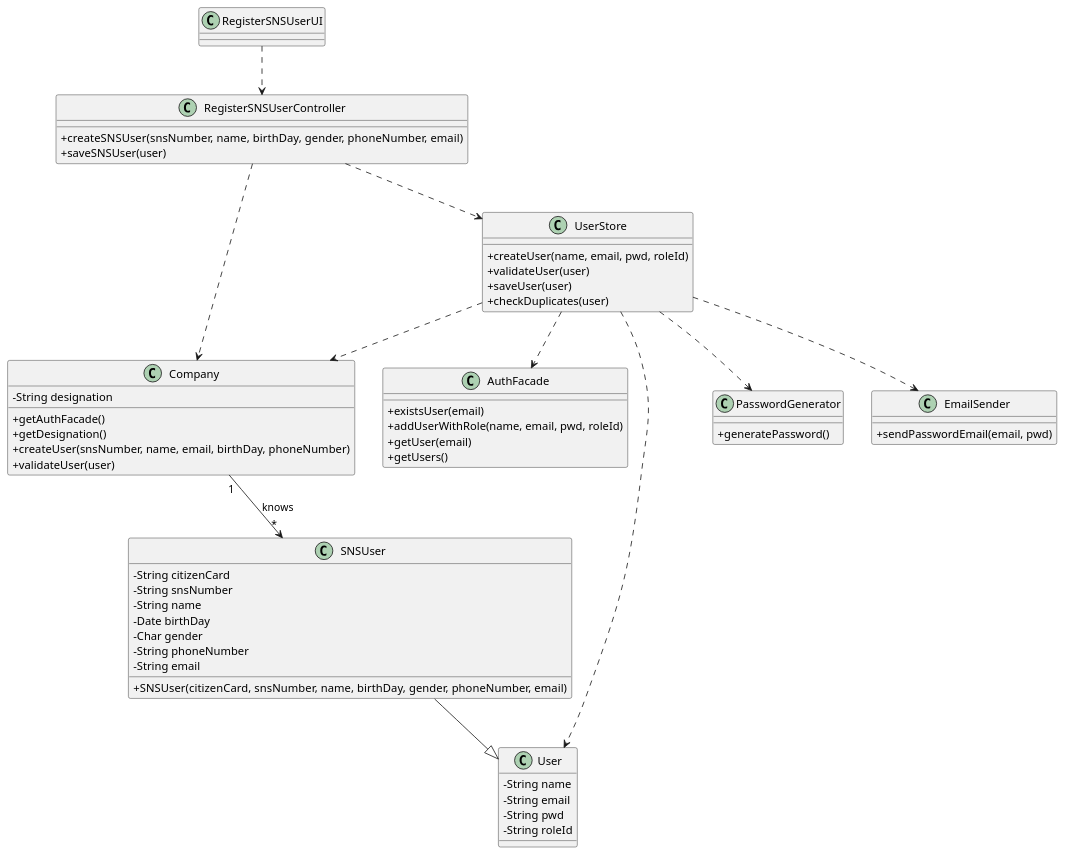
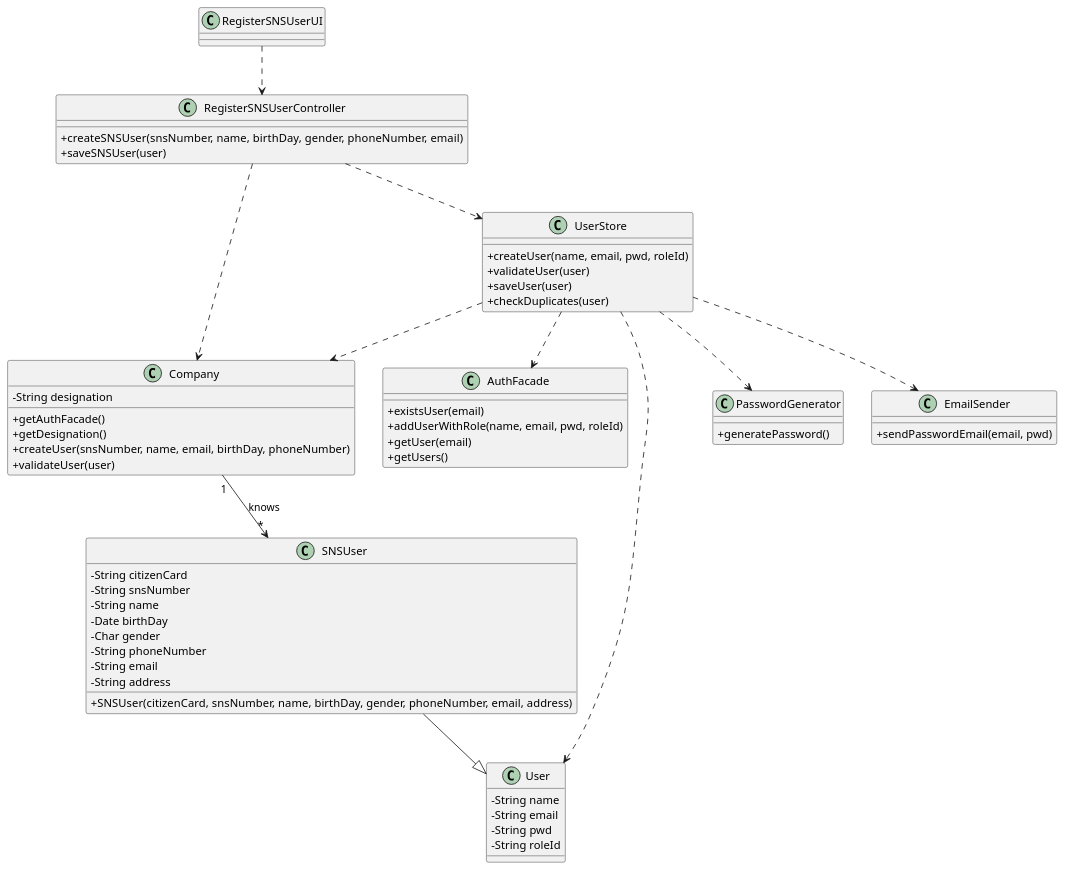
Before and after one commit to miseEnPlace-i/lapr2: the diagram in docs/SprintB/US03/CD/US03_CD.puml, drawn with PlantUML. The commit also changed 6 other files, not shown here.

Commit message:
docs(US03): add address attribute to SNSUser

```diff
--- a/docs/SprintB/US03/CD/US03_CD.puml
+++ b/docs/SprintB/US03/CD/US03_CD.puml
@@ -1,89 +1,90 @@
 @startuml Class Diagram
 skinparam classAttributeIconSize 0
 
 ' class ApplicationPOT {
 '   + static getInstance()
 '   + getCurrentSession()
 ' }
 
 class AuthFacade {
   + existsUser(email)
   + addUserWithRole(name, email, pwd, roleId)
   + getUser(email)
   + getUsers()
 }
 
 class Company {
   - String designation
   + getAuthFacade()
   + getDesignation()
   + createUser(snsNumber, name, email, birthDay, phoneNumber)
   + validateUser(user)
 }
 
 ' class Receptionist { }
 
 class RegisterSNSUserController {
   + createSNSUser(snsNumber, name, birthDay, gender, phoneNumber, email)
   + saveSNSUser(user)
 }
 
 class RegisterSNSUserUI { }
 
 class SNSUser {
   - String citizenCard
   - String snsNumber
   - String name
   - Date birthDay
   - Char gender
   - String phoneNumber
   - String email
-  + SNSUser(citizenCard, snsNumber, name, birthDay, gender, phoneNumber, email)
+  - String address
+  + SNSUser(citizenCard, snsNumber, name, birthDay, gender, phoneNumber, email, address)
 }
 
 class User {
   - String name
   - String email
   - String pwd
   - String roleId
 }
 
 class UserStore {
   + createUser(name, email, pwd, roleId)
   + validateUser(user)
   + saveUser(user)
   + checkDuplicates(user)
 }
 
 class PasswordGenerator {
   + generatePassword()
 }
 
 class EmailSender {
   + sendPasswordEmail(email, pwd)
 }
 
 
 ' AuthFacade ..> User
 
 Company "1" --> "*" SNSUser : knows
 ' Company ..> AuthFacade
 
 ' RegisterSNSUserController ..> ApplicationPOT
 RegisterSNSUserController ..> Company
 ' RegisterSNSUserController ..> Receptionist
 ' RegisterSNSUserController ..> SNSUser
 RegisterSNSUserController ..> UserStore
 ' RegisterSNSUserController ..> UserSession
 
 RegisterSNSUserUI ..> RegisterSNSUserController
 
 SNSUser --|> User
 
 UserStore ..> User
 UserStore ..> Company
 UserStore ..> AuthFacade
 UserStore ..> PasswordGenerator
 UserStore ..> EmailSender
 
 @enduml
```
